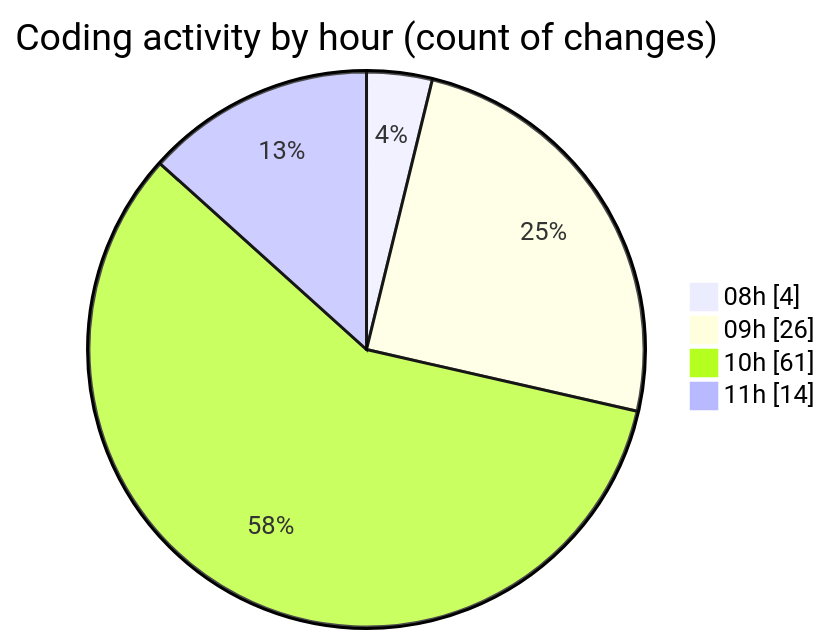
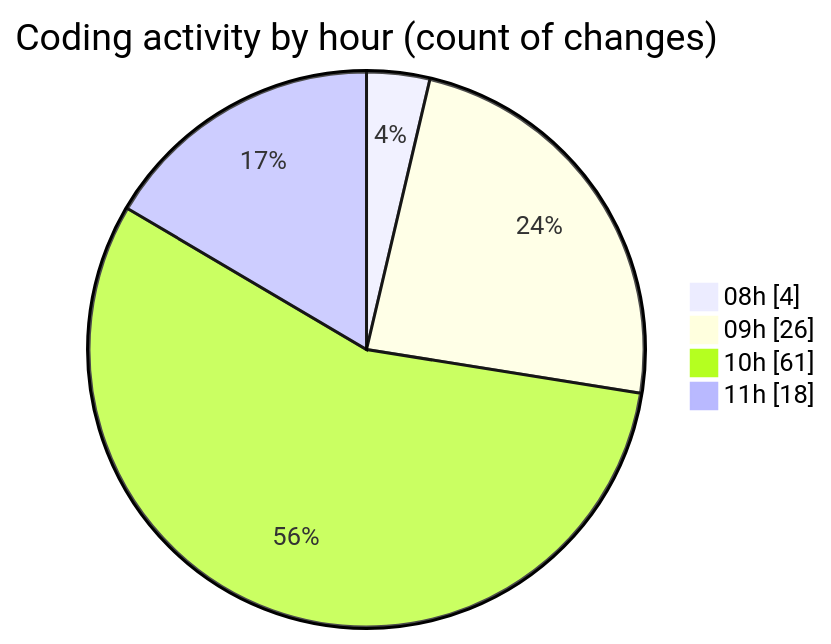
The second of 2 diagrams in 2026-02-19/bot_v1_2/README.md (becaeroporto-bot/code-tracking), drawn with Mermaid before and after one commit. The commit also changed other lines of this file and 1 other file, not shown here.

````diff
--- a/2026-02-19/bot_v1_2/README.md
+++ b/2026-02-19/bot_v1_2/README.md
@@ -37,8 +37,8 @@
 ```mermaid
 pie showData
 title Coding activity by hour (count of changes)
 "08h" : 4
 "09h" : 26
 "10h" : 61
-"11h" : 14
+"11h" : 18
 ```
````
